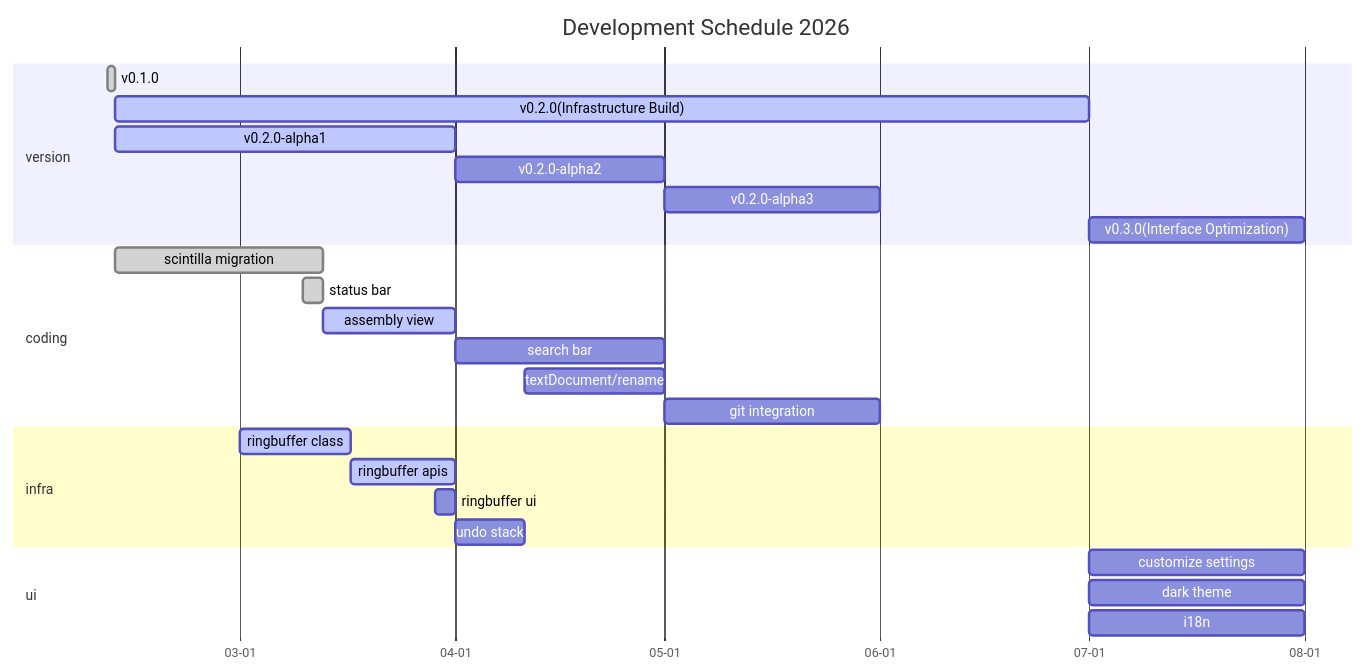
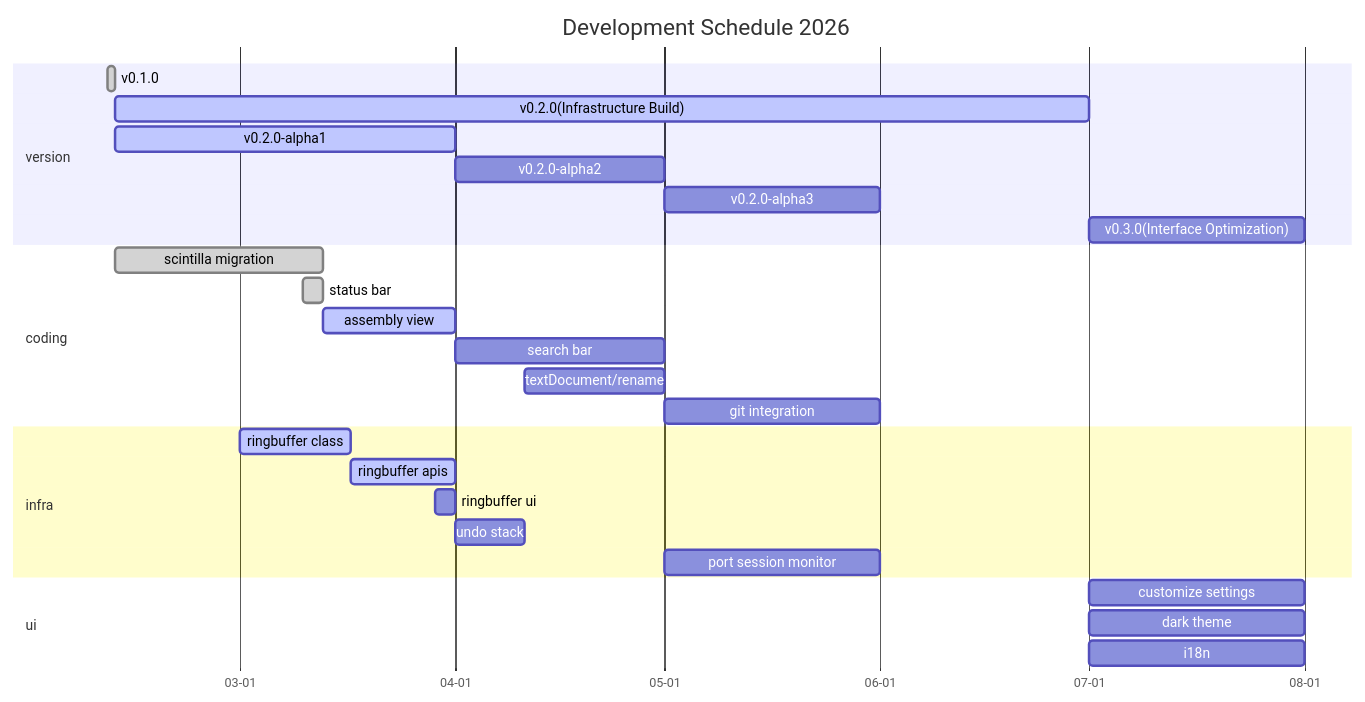
Before and after one commit to zyt20001205/UniComm2: the second of 3 diagrams in readme.md, drawn with Mermaid.

Commit message:
md update

````diff
--- a/readme.md
+++ b/readme.md
@@ -79,34 +79,35 @@
 ```mermaid
 gantt
     title Development Schedule 2026
     dateFormat MM-DD
     axisFormat %m-%d
     tickInterval 1month
 
     section version
         v0.1.0: done, 02-10, 1d
         v0.2.0(Infrastructure Build): active, 02-11, 140d
         v0.2.0-alpha1: active, 02-11, 49d
         v0.2.0-alpha2: 04-01, 30d
         v0.2.0-alpha3: 05-01, 31d
         v0.3.0(Interface Optimization): 07-01, 31d
 
     section coding
         scintilla migration: done, 02-11, 30d
         status bar: done, 03-10, 3d
         assembly view: active, 03-13, 19d
         search bar: 04-01, 30d
         textDocument/rename: 04-11, 20d
         git integration: 05-01, 31d
 
     section infra
         ringbuffer class: active, 03-01, 16d
         ringbuffer apis: active, 03-17, 15d
         ringbuffer ui: 03-29, 3d
         undo stack: 04-01, 10d
+        port session monitor: 05-01, 31d
 
     section ui
         customize settings: 07-01, 31d
         dark theme: 07-01, 31d
         i18n: 07-01, 31d
 ```
````
